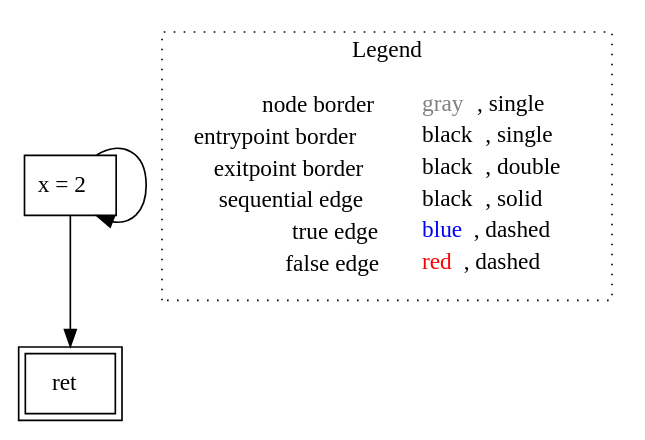
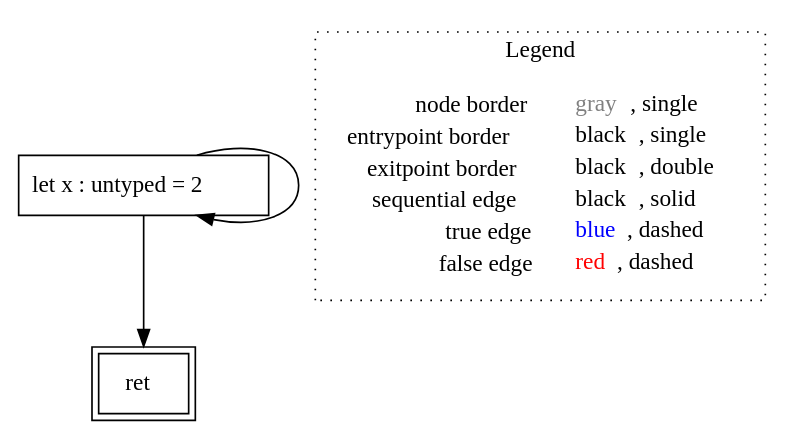
Before and after one commit to VincenzoArceri/rust-lisa: the diagram in rust-lisa/rust-testcases/cfg/loop/untyped_rust-testcases_cfg_loop_loop.rs.main().dot, drawn with Graphviz. The commit also changed 9 other files, not shown here.

```diff
--- a/rust-lisa/rust-testcases/cfg/loop/untyped_rust-testcases_cfg_loop_loop.rs.main().dot
+++ b/rust-lisa/rust-testcases/cfg/loop/untyped_rust-testcases_cfg_loop_loop.rs.main().dot
@@ -1,13 +1,13 @@
 digraph {
-	"node0" [shape="rect",color="black",label=<x = 2>];
+	"node0" [shape="rect",color="black",label=<let x : untyped = 2>];
 	"node1" [shape="rect",color="black",peripheries="2",label=<ret>];
+	"node0" -> "node0" [color="black"];
 	"node0" -> "node1" [color="black"];
-	"node0" -> "node0" [color="black"];
 subgraph cluster_legend {
 	label="Legend";
 	style=dotted;
 	node [shape=plaintext];
 	"legend" [label=<<table border="0" cellpadding="2" cellspacing="0" cellborder="0"><tr><td align="right">node border&nbsp;</td><td align="left"><font color="gray">gray</font>, single</td></tr><tr><td align="right">entrypoint border&nbsp;</td><td align="left"><font color="black">black</font>, single</td></tr><tr><td align="right">exitpoint border&nbsp;</td><td align="left"><font color="black">black</font>, double</td></tr><tr><td align="right">sequential edge&nbsp;</td><td align="left"><font color="black">black</font>, solid</td></tr><tr><td align="right">true edge&nbsp;</td><td align="left"><font color="blue">blue</font>, dashed</td></tr><tr><td align="right">false edge&nbsp;</td><td align="left"><font color="red">red</font>, dashed</td></tr></table>>];
 }
 
 }
```
